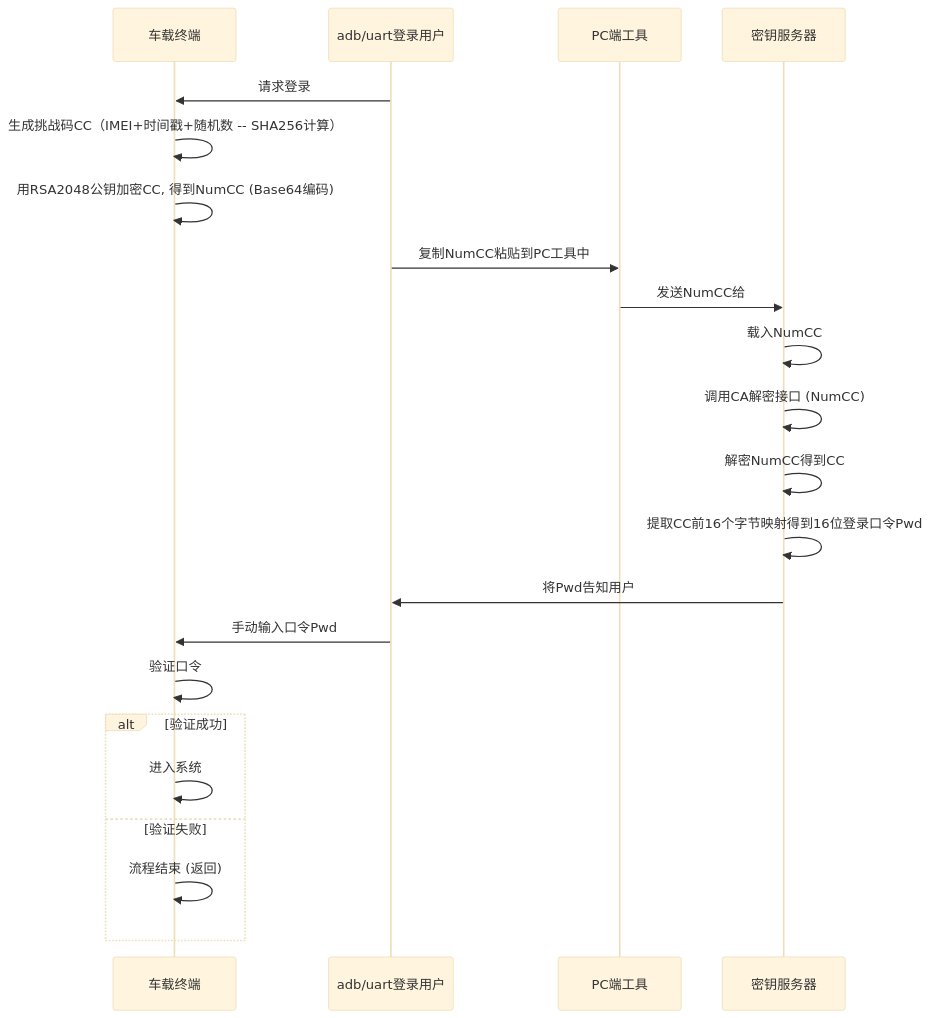
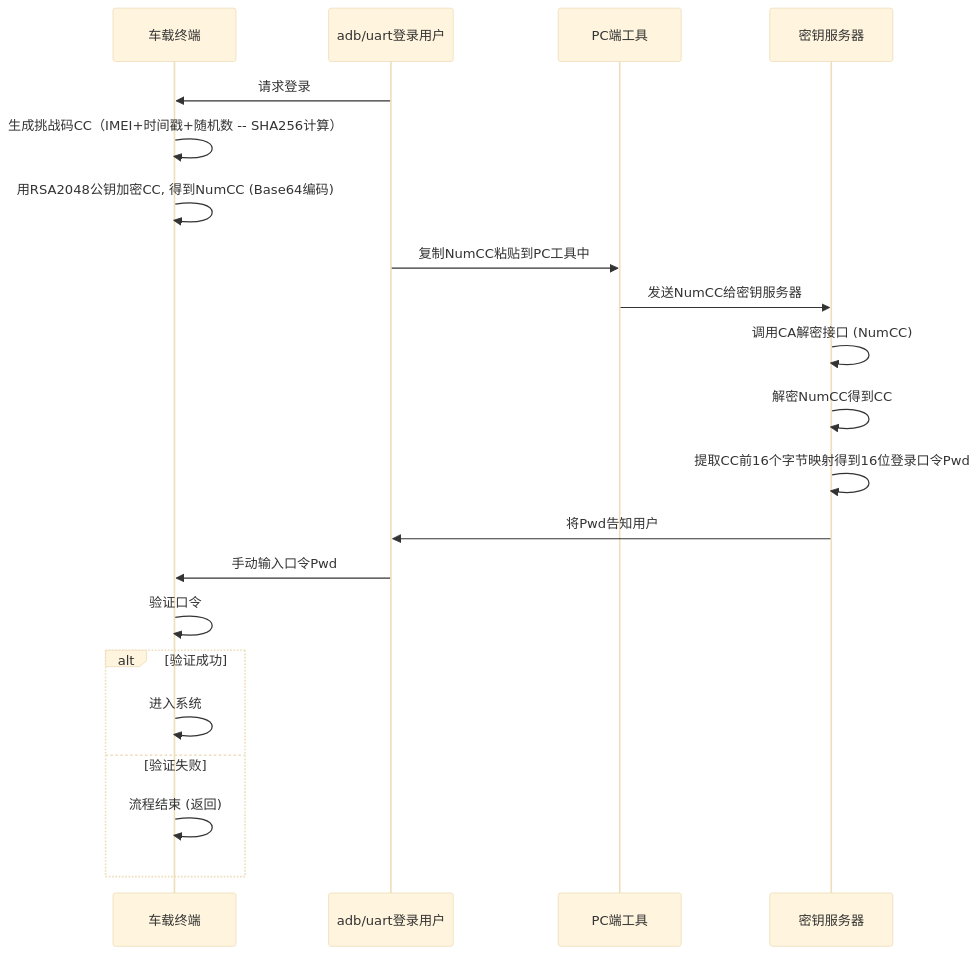
One commit to facebook-cloud/iodraw-files changed the diagram in all/未命名-13.md. Above: the diagram before and after it, drawn with Mermaid (base theme).

Commit message:
2026-01-27 11:28:38 update

````diff
--- a/all/未命名-13.md
+++ b/all/未命名-13.md
@@ -1,28 +1,27 @@
 ```mermaid
 sequenceDiagram
     participant tbox as 车载终端
     participant user as adb/uart登录用户
     participant pc as PC端工具
     participant tech_center as 密钥服务器
   
 
     user->>tbox: 请求登录
     tbox->>tbox: 生成挑战码CC（IMEI+时间戳+随机数 -- SHA256计算）
     tbox->>tbox: 用RSA2048公钥加密CC, 得到NumCC (Base64编码)
     user->>pc: 复制NumCC粘贴到PC工具中
-    pc->>tech_center: 发送NumCC给
-    tech_center->>tech_center: 载入NumCC
+    pc->>tech_center: 发送NumCC给密钥服务器
     tech_center->>tech_center: 调用CA解密接口 (NumCC)
     tech_center->>tech_center: 解密NumCC得到CC
     tech_center->>tech_center: 提取CC前16个字节映射得到16位登录口令Pwd
     tech_center->>user: 将Pwd告知用户
     user->>tbox: 手动输入口令Pwd
     tbox->>tbox: 验证口令
     alt 验证成功
         tbox->>tbox: 进入系统
     else 验证失败
         tbox->>tbox: 流程结束 (返回)
     end
 
 
 ```
````
